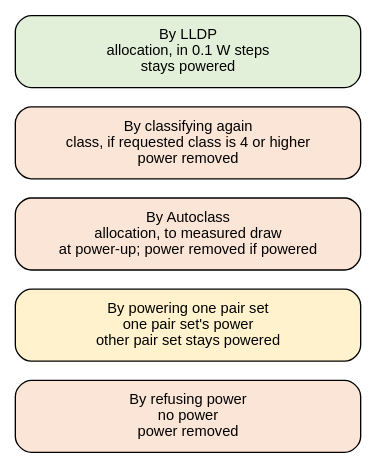
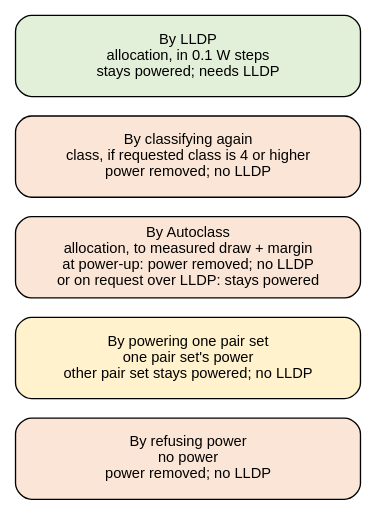
The diagram in docs/power/poe/allocation-ways.dot (mithro/evampire), drawn with Graphviz before and after one commit. The commit also changed 1 other file, not shown here.

Commit message:
Scope the private-allocation sentence and add LLDP to the figure
An allocation the port keeps to itself does not change what the device
may draw, but Autoclass and LLDP do. Each box in the figure now says
whether its way needs LLDP. The one-pair-set conditions are stated once,
and the Type 1 sentence names what it lacks.

```diff
--- a/docs/power/poe/allocation-ways.dot
+++ b/docs/power/poe/allocation-ways.dot
@@ -1,28 +1,29 @@
 // The five ways a power sourcing equipment port changes the power of a
-// powered device: the way, what it changes, and whether the device stays
-// powered. One box per way, stacked so that the figure stays narrow enough
-// to read on a phone. Plain labels keep the three lines of each box
-// centred. The fill colour repeats the last line.
+// powered device: the way, what it changes, whether the device stays
+// powered, and whether it needs LLDP. One box per way, stacked so that the
+// figure stays narrow enough to read on a phone. Plain labels keep the
+// lines of each box centred. The fill colour repeats whether the device
+// stays powered.
 //
 // Fill colours: stays powered #e2f0d9, one pair set unpowered #fff2cc,
 // power removed #fbe5d6.
 //
 // SPDX-License-Identifier: Apache-2.0
 
 digraph allocation_ways {
     graph [layout=neato, splines=false, overlap=true, outputorder=nodesfirst,
            fontname="Helvetica"];
     node  [shape=box, style="rounded,filled", fontname="Helvetica",
-           fontsize=11, width=3.6, height=0.75, fixedsize=true];
+           fontsize=11, width=3.6, height=0.85, fixedsize=true];
 
     lldp    [pos="0,0!", fillcolor="#e2f0d9",
-             label="By LLDP\nallocation, in 0.1 W steps\nstays powered"];
-    reclass [pos="0,-0.95!", fillcolor="#fbe5d6",
-             label="By classifying again\nclass, if requested class is 4 or higher\npower removed"];
-    auto    [pos="0,-1.9!", fillcolor="#fbe5d6",
-             label="By Autoclass\nallocation, to measured draw\nat power-up; power removed if powered"];
-    pair    [pos="0,-2.85!", fillcolor="#fff2cc",
-             label="By powering one pair set\none pair set's power\nother pair set stays powered"];
-    refuse  [pos="0,-3.8!", fillcolor="#fbe5d6",
-             label="By refusing power\nno power\npower removed"];
+             label="By LLDP\nallocation, in 0.1 W steps\nstays powered; needs LLDP"];
+    reclass [pos="0,-1.05!", fillcolor="#fbe5d6",
+             label="By classifying again\nclass, if requested class is 4 or higher\npower removed; no LLDP"];
+    auto    [pos="0,-2.1!", fillcolor="#fbe5d6",
+             label="By Autoclass\nallocation, to measured draw + margin\nat power-up: power removed; no LLDP\nor on request over LLDP: stays powered"];
+    pair    [pos="0,-3.15!", fillcolor="#fff2cc",
+             label="By powering one pair set\none pair set's power\nother pair set stays powered; no LLDP"];
+    refuse  [pos="0,-4.2!", fillcolor="#fbe5d6",
+             label="By refusing power\nno power\npower removed; no LLDP"];
 }
```
